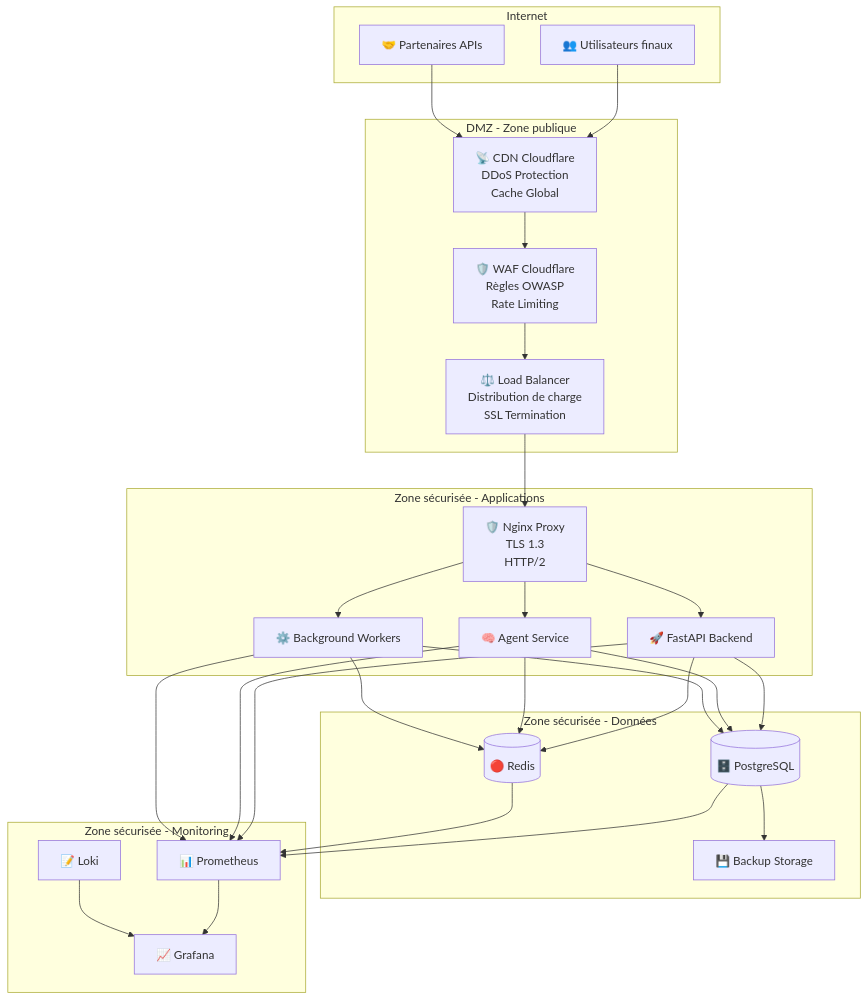
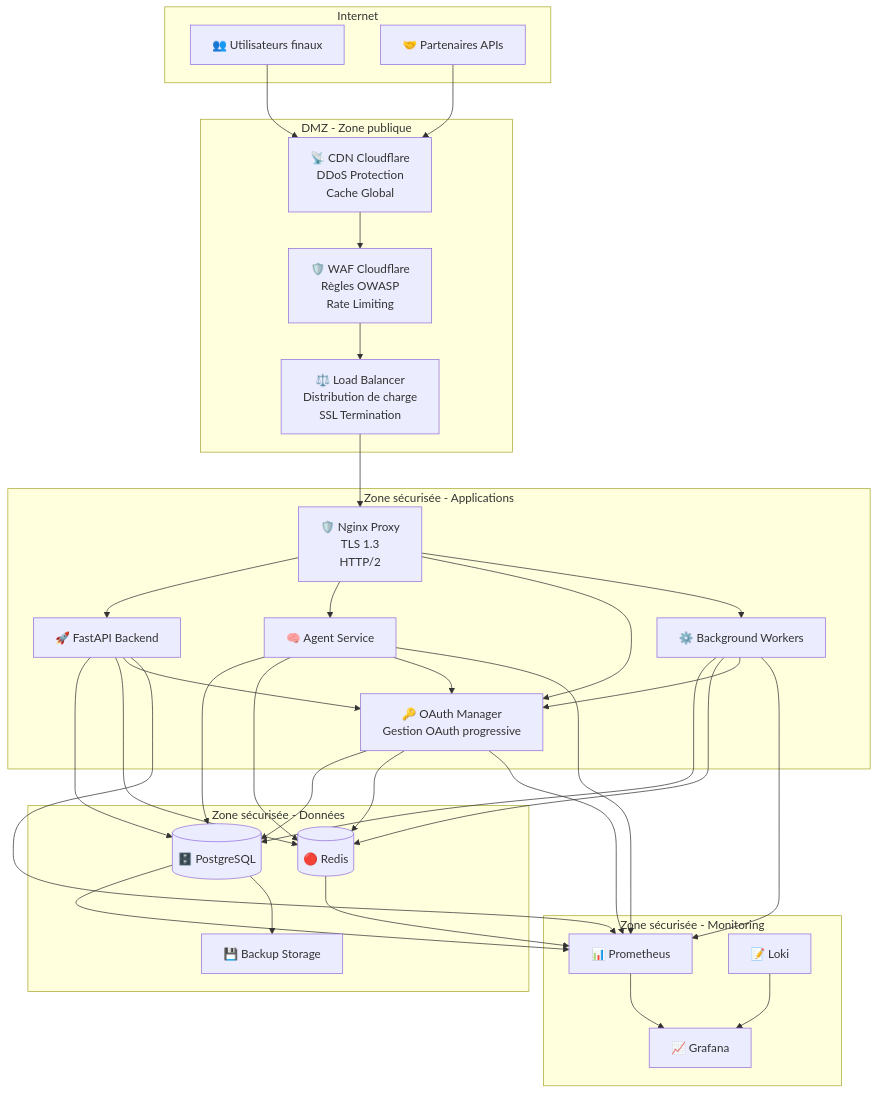
The diagram in docs/architecture/5_MAE_infrastructure.md (BlokusPokus/ai_assistant), drawn with Mermaid before and after one commit. The commit also changed other lines of this file and 13 other files, not shown here.

First line of the commit message:
feat: Enhance Architecture Documentation for Multi-User Support and OAuth Integration

````diff
--- a/docs/architecture/5_MAE_infrastructure.md
+++ b/docs/architecture/5_MAE_infrastructure.md
@@ -11,59 +11,67 @@
 ```mermaid
 graph TB
     subgraph "Internet"
         USERS[👥 Utilisateurs finaux]
         PARTNERS[🤝 Partenaires APIs]
     end
 
     subgraph "DMZ - Zone publique"
         CDN[📡 CDN Cloudflare<br/>DDoS Protection<br/>Cache Global]
         WAF[🛡️ WAF Cloudflare<br/>Règles OWASP<br/>Rate Limiting]
         LOAD_BALANCER[⚖️ Load Balancer<br/>Distribution de charge<br/>SSL Termination]
     end
 
     subgraph "Zone sécurisée - Applications"
         NGINX[🛡️ Nginx Proxy<br/>TLS 1.3<br/>HTTP/2]
         API[🚀 FastAPI Backend]
         AGENT[🧠 Agent Service]
+        OAUTH_MGR[🔑 OAuth Manager<br/>Gestion OAuth progressive]
         WORKERS[⚙️ Background Workers]
     end
 
     subgraph "Zone sécurisée - Données"
         POSTGRES[(🗄️ PostgreSQL)]
         REDIS[(🔴 Redis)]
         BACKUP[💾 Backup Storage]
     end
 
     subgraph "Zone sécurisée - Monitoring"
         PROMETHEUS[📊 Prometheus]
         GRAFANA[📈 Grafana]
         LOKI[📝 Loki]
     end
 
     USERS --> CDN
     PARTNERS --> CDN
     CDN --> WAF
     WAF --> LOAD_BALANCER
     LOAD_BALANCER --> NGINX
     NGINX --> API
     NGINX --> AGENT
+    NGINX --> OAUTH_MGR
     NGINX --> WORKERS
 
     API --> POSTGRES
     API --> REDIS
+    API --> OAUTH_MGR
     AGENT --> POSTGRES
     AGENT --> REDIS
+    AGENT --> OAUTH_MGR
     WORKERS --> POSTGRES
     WORKERS --> REDIS
+    WORKERS --> OAUTH_MGR
+    OAUTH_MGR --> POSTGRES
+    OAUTH_MGR --> REDIS
 
     API --> PROMETHEUS
     AGENT --> PROMETHEUS
+    OAUTH_MGR --> PROMETHEUS
     WORKERS --> PROMETHEUS
     POSTGRES --> PROMETHEUS
     REDIS --> PROMETHEUS
 
     PROMETHEUS --> GRAFANA
     LOKI --> GRAFANA
 
     POSTGRES --> BACKUP
 ```
````
